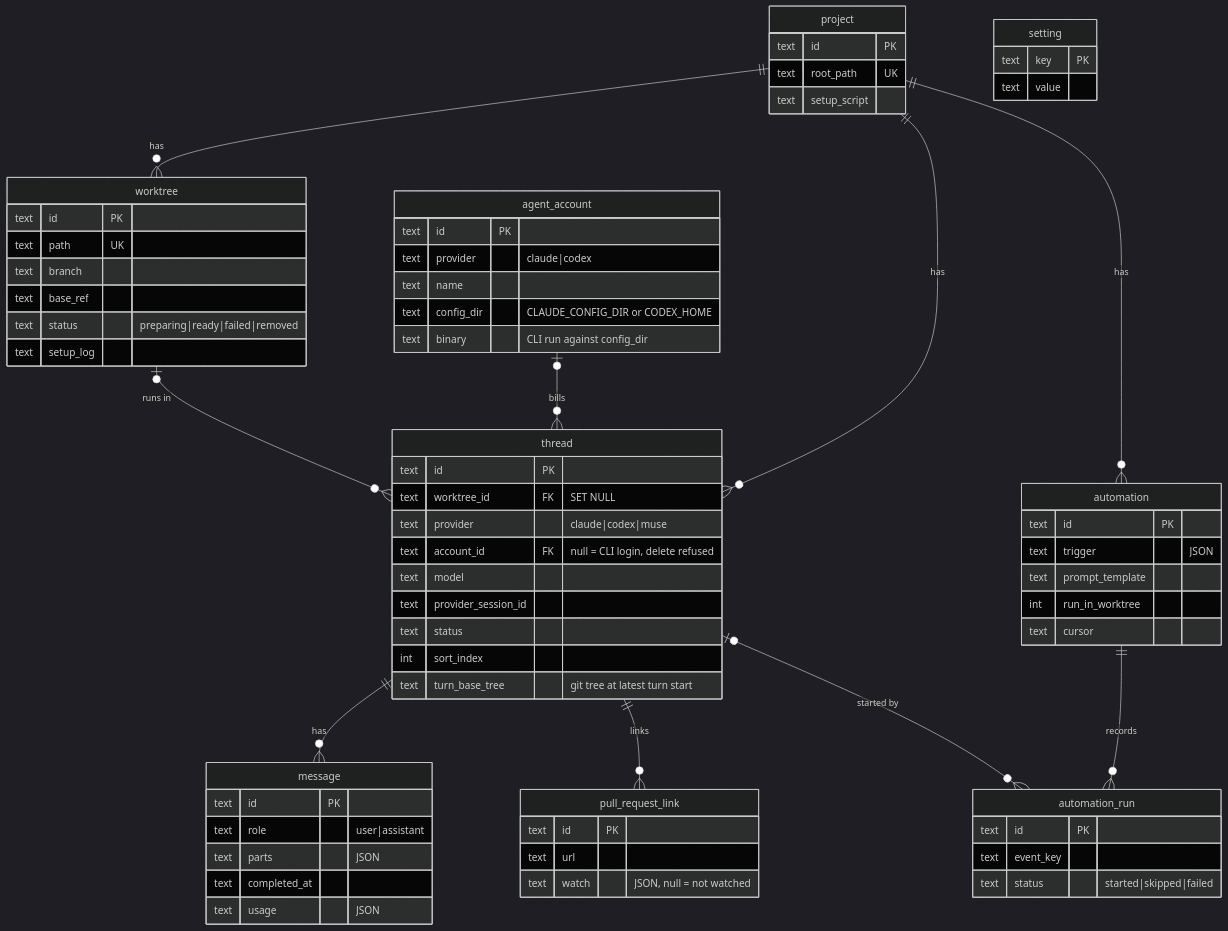
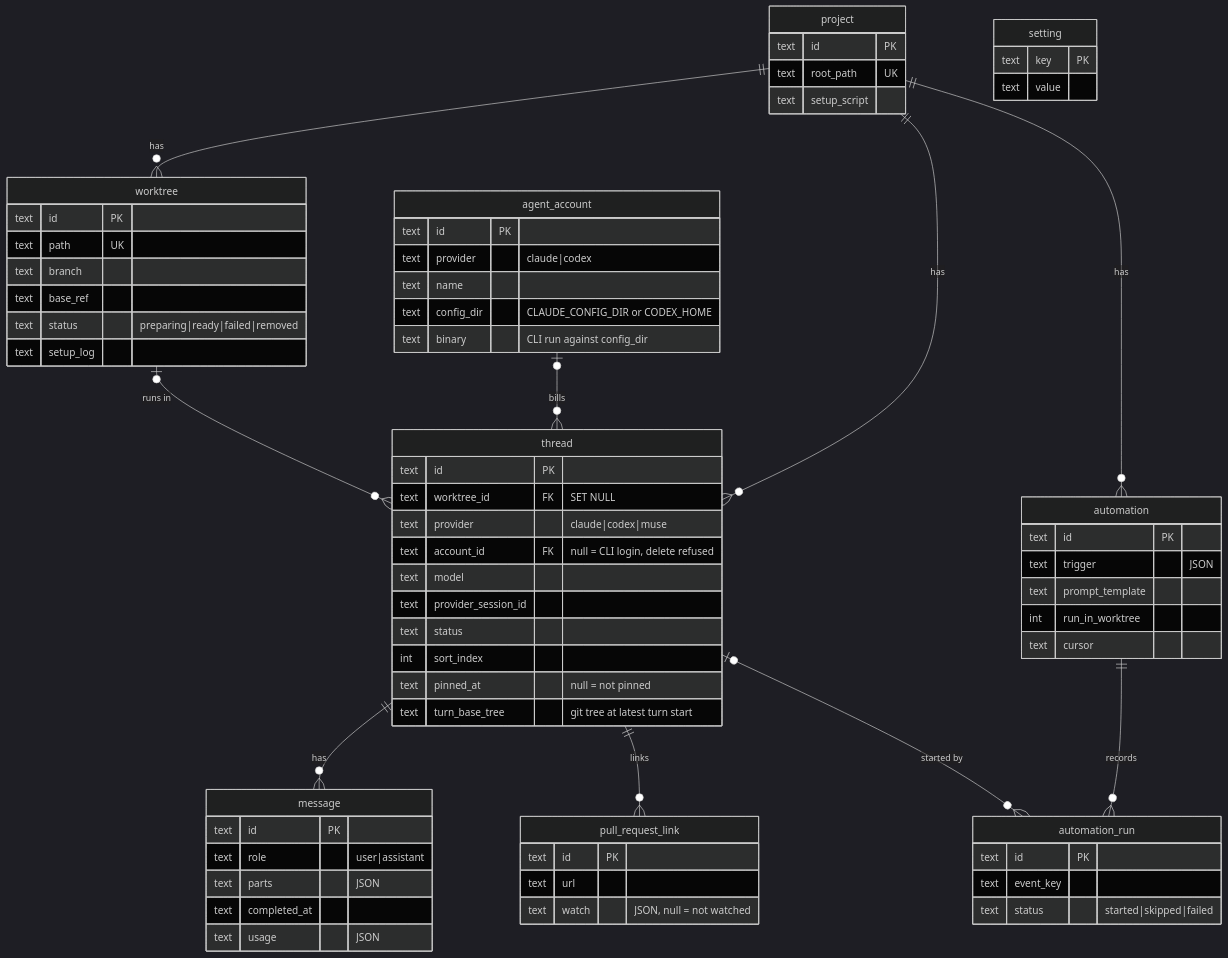
One commit to hinadev-ai/hinacode changed diagram 11 of 16 in docs/arch.md. Above: the diagram before and after it, drawn with Mermaid (dark theme). The commit also changed 6 other files, not shown here.

````diff
--- a/docs/arch.md
+++ b/docs/arch.md
@@ -318,72 +318,73 @@
 ```mermaid
 erDiagram
   project ||--o{ worktree : has
   project ||--o{ thread : has
   project ||--o{ automation : has
   worktree |o--o{ thread : "runs in"
   thread ||--o{ message : has
   thread ||--o{ pull_request_link : links
   automation ||--o{ automation_run : records
   thread |o--o{ automation_run : "started by"
   agent_account |o--o{ thread : "bills"
 
   project {
     text id PK
     text root_path UK
     text setup_script
   }
   worktree {
     text id PK
     text path UK
     text branch
     text base_ref
     text status "preparing|ready|failed|removed"
     text setup_log
   }
   thread {
     text id PK
     text worktree_id FK "SET NULL"
     text provider "claude|codex|muse"
     text account_id FK "null = CLI login, delete refused"
     text model
     text provider_session_id
     text status
     int sort_index
+    text pinned_at "null = not pinned"
     text turn_base_tree "git tree at latest turn start"
   }
   message {
     text id PK
     text role "user|assistant"
     text parts "JSON"
     text completed_at
     text usage "JSON"
   }
   automation {
     text id PK
     text trigger "JSON"
     text prompt_template
     int run_in_worktree
     text cursor
   }
   pull_request_link {
     text id PK
     text url
     text watch "JSON, null = not watched"
   }
   automation_run {
     text id PK
     text event_key
     text status "started|skipped|failed"
   }
   setting {
     text key PK
     text value
   }
   agent_account {
     text id PK
     text provider "claude|codex"
     text name
     text config_dir "CLAUDE_CONFIG_DIR or CODEX_HOME"
     text binary "CLI run against config_dir"
   }
 ```
````
